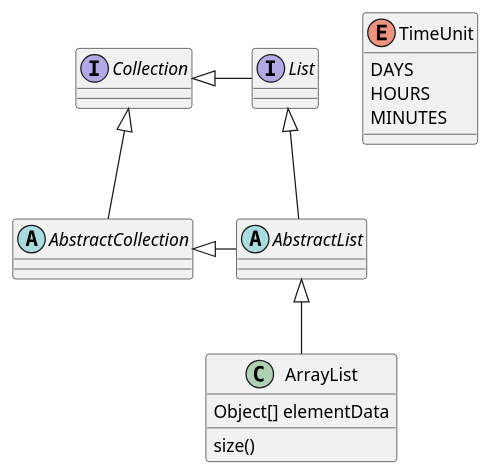
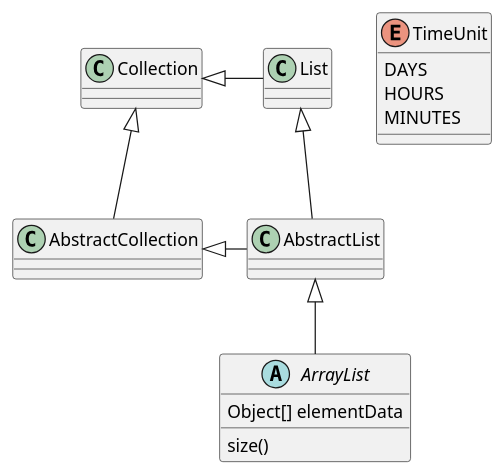
One commit to afmoyar/Java-Documentator changed the diagram in Java-documentator/out/production/Java-documentator/Test.puml. Above: the diagram before and after it, drawn with PlantUML. The commit also changed 4 other files, not shown here.

Commit message:
firts uml class diagram

```diff
--- a/Java-documentator/out/production/Java-documentator/Test.puml
+++ b/Java-documentator/out/production/Java-documentator/Test.puml
@@ -1,26 +1,22 @@
 @startuml
 
-abstract class AbstractList
-abstract AbstractCollection
-interface List
-interface Collection
 
 List <|-- AbstractList
 Collection <|-- AbstractCollection
 
 Collection <|- List
 AbstractCollection <|- AbstractList
 AbstractList <|-- ArrayList
 
-class ArrayList {
+abstract class ArrayList {
 Object[] elementData
 size()
 }
 
 enum TimeUnit {
 DAYS
 HOURS
 MINUTES
 }
 
 @enduml
```
